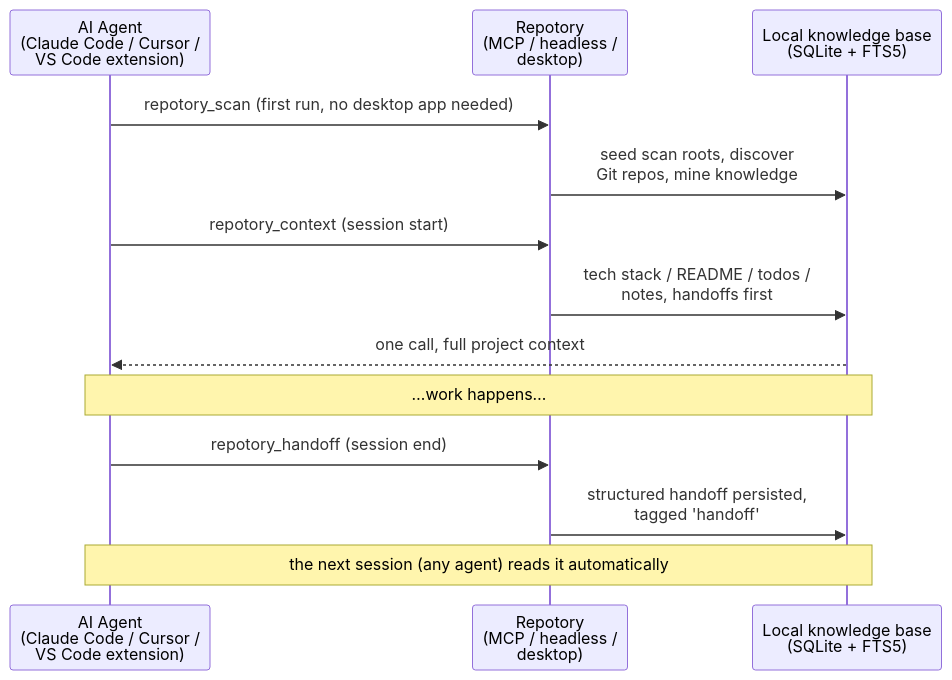
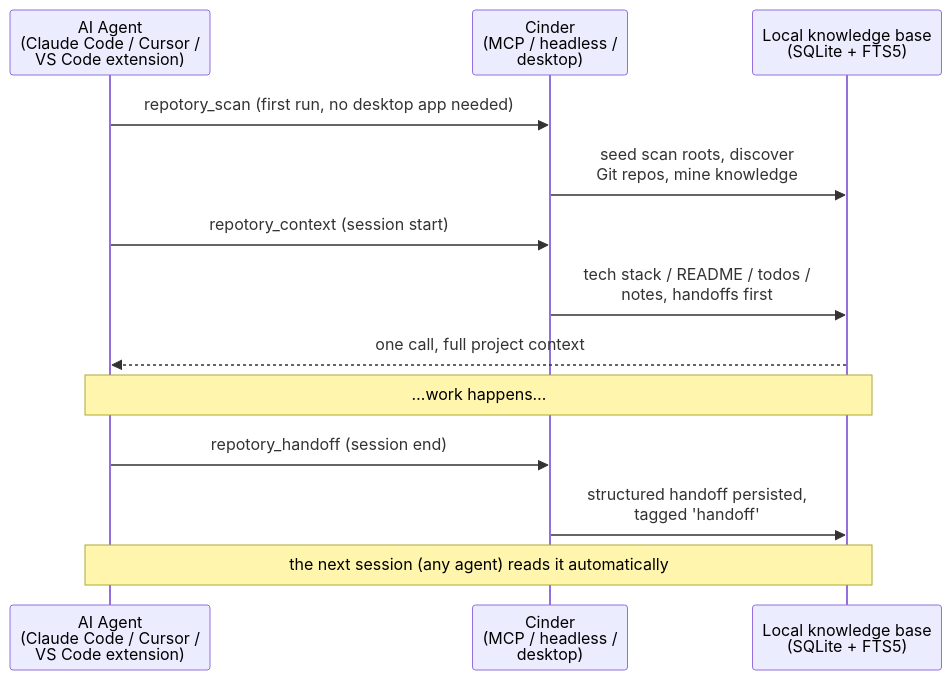
One commit to sky-jiangcheng/cinder changed the second of 3 diagrams in docs/en/index.md. Above: the diagram before and after it, drawn with Mermaid. The commit also changed other lines of this file and 185 other files, not shown here.

First line of the commit message:
feat(brand): 品牌按 Manus 式重排落地——Cinder / Cinder Desktop / Warden

````diff
--- a/docs/en/index.md
+++ b/docs/en/index.md
@@ -44,15 +44,15 @@
 ```mermaid
 sequenceDiagram
     participant Agent as AI Agent<br/>(Claude Code / Cursor /<br/>VS Code extension)
-    participant RN as Repotory<br/>(MCP / headless /<br/>desktop)
+    participant RN as Cinder<br/>(MCP / headless /<br/>desktop)
     participant KB as Local knowledge base<br/>(SQLite + FTS5)
     Agent->>RN: repotory_scan (first run, no desktop app needed)
     RN->>KB: seed scan roots, discover<br/>Git repos, mine knowledge
     Agent->>RN: repotory_context (session start)
     RN->>KB: tech stack / README / todos /<br/>notes, handoffs first
     KB-->>Agent: one call, full project context
     Note over Agent,KB: …work happens…
     Agent->>RN: repotory_handoff (session end)
     RN->>KB: structured handoff persisted,<br/>tagged 'handoff'
     Note over KB,Agent: the next session (any agent) reads it automatically
 ```
````
